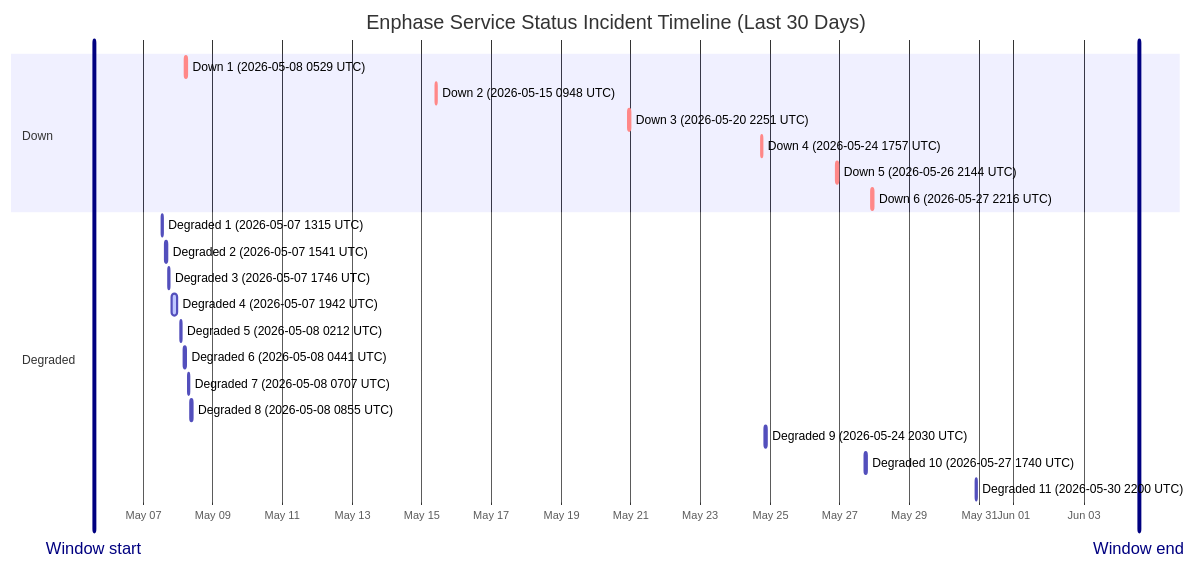
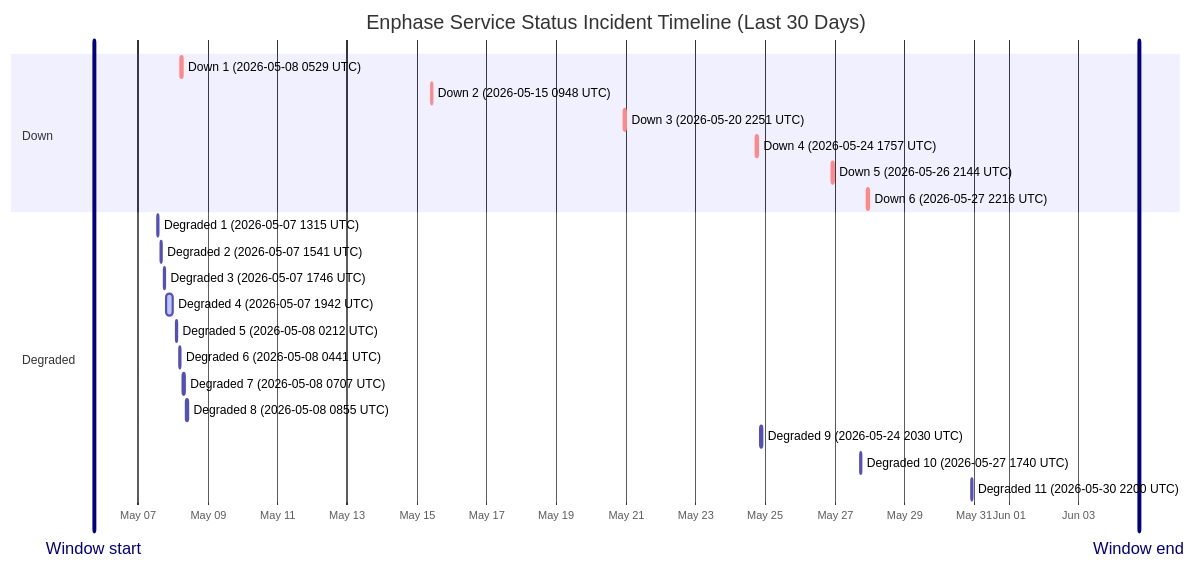
One commit to barneyonline/ha-enphase-energy changed the diagram in wiki/Service-Status-History.md. Above: the diagram before and after it, drawn with Mermaid. The commit also changed other lines of this file and 3 other files, not shown here.

````diff
--- a/wiki/Service-Status-History.md
+++ b/wiki/Service-Status-History.md
@@ -14,27 +14,27 @@
 ```mermaid
 gantt
     title Enphase Service Status Incident Timeline (Last 30 Days)
     dateFormat  YYYY-MM-DDTHH:mm:ss
     axisFormat  %b %d
-    Window start :vert, window-start, 2026-05-05T14:14:56, 0ms
-    Window end :vert, window-end, 2026-06-04T14:14:56, 0ms
+    Window start :vert, window-start, 2026-05-05T17:27:56, 0ms
+    Window end :vert, window-end, 2026-06-04T17:27:56, 0ms
     section Down
     Down 1 (2026-05-08 0529 UTC) :crit, down-1, 2026-05-08T05:29:47, 60m
     Down 2 (2026-05-15 0948 UTC) :crit, down-2, 2026-05-15T09:48:18, 60m
     Down 3 (2026-05-20 2251 UTC) :crit, down-3, 2026-05-20T22:51:14, 75m
     Down 4 (2026-05-24 1757 UTC) :crit, down-4, 2026-05-24T17:57:41, 86m
     Down 5 (2026-05-26 2144 UTC) :crit, down-5, 2026-05-26T21:44:11, 85m
     Down 6 (2026-05-27 2216 UTC) :crit, down-6, 2026-05-27T22:16:53, 87m
     section Degraded
     Degraded 1 (2026-05-07 1315 UTC) :active, degraded-1, 2026-05-07T13:15:25, 60m
     Degraded 2 (2026-05-07 1541 UTC) :active, degraded-2, 2026-05-07T15:41:58, 60m
     Degraded 3 (2026-05-07 1746 UTC) :active, degraded-3, 2026-05-07T17:46:51, 60m
     Degraded 4 (2026-05-07 1942 UTC) :active, degraded-4, 2026-05-07T19:42:10, 249m
     Degraded 5 (2026-05-08 0212 UTC) :active, degraded-5, 2026-05-08T02:12:39, 60m
     Degraded 6 (2026-05-08 0441 UTC) :active, degraded-6, 2026-05-08T04:41:46, 60m
     Degraded 7 (2026-05-08 0707 UTC) :active, degraded-7, 2026-05-08T07:07:30, 60m
     Degraded 8 (2026-05-08 0855 UTC) :active, degraded-8, 2026-05-08T08:55:20, 88m
     Degraded 9 (2026-05-24 2030 UTC) :active, degraded-9, 2026-05-24T20:30:57, 84m
     Degraded 10 (2026-05-27 1740 UTC) :active, degraded-10, 2026-05-27T17:40:52, 60m
     Degraded 11 (2026-05-30 2200 UTC) :active, degraded-11, 2026-05-30T22:00:37, 60m
 ```
````
